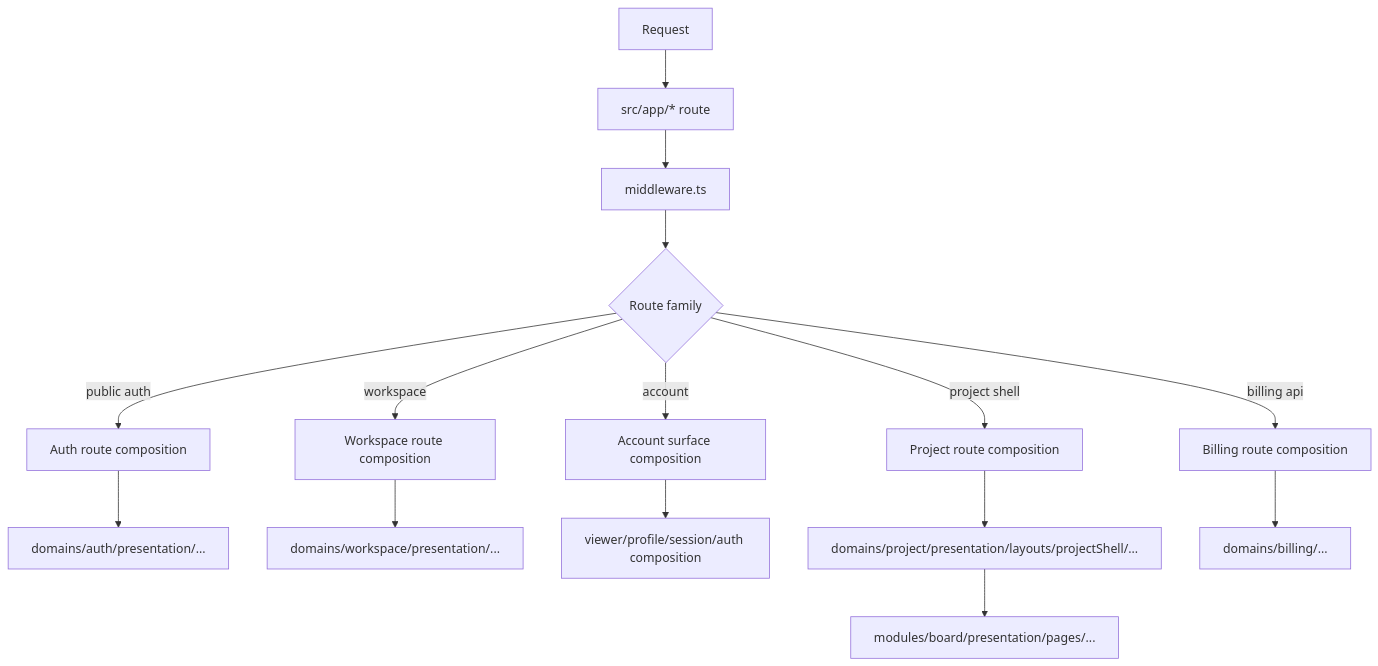
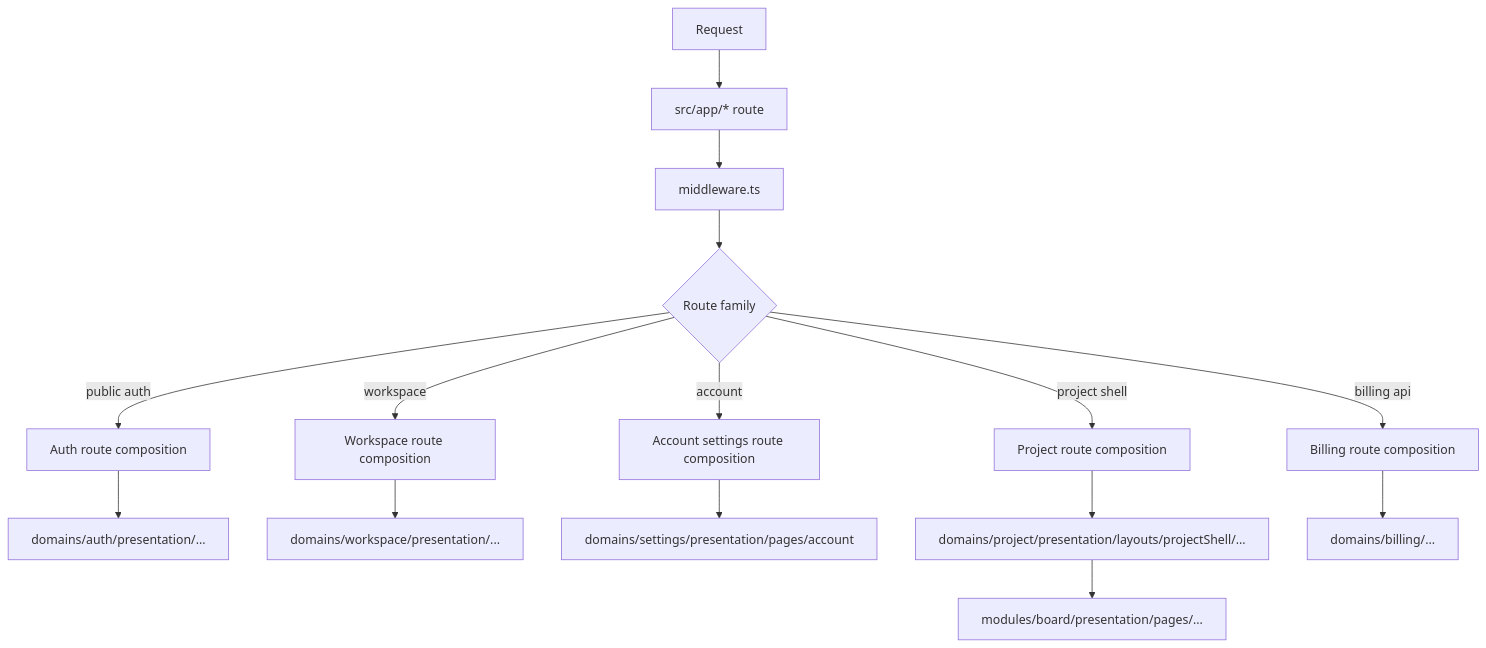
The third of 5 diagrams in .cursor/docs/flowchart.md (mc6ril/workbench), drawn with Mermaid before and after one commit. The commit also changed other lines of this file and 63 other files, not shown here.

````diff
--- a/.cursor/docs/flowchart.md
+++ b/.cursor/docs/flowchart.md
@@ -62,19 +62,19 @@
 ```mermaid
 flowchart TD
    REQ[Request] --> APP[src/app/* route]
    APP --> MIDDLEWARE[middleware.ts]
    MIDDLEWARE --> ROUTE{Route family}
 
    ROUTE -->|public auth| AUTH_ROUTE[Auth route composition]
    ROUTE -->|workspace| WS_ROUTE[Workspace route composition]
-   ROUTE -->|account| ACCOUNT_ROUTE[Account surface composition]
+   ROUTE -->|account| ACCOUNT_ROUTE[Account settings route composition]
    ROUTE -->|project shell| PROJECT_ROUTE[Project route composition]
    ROUTE -->|billing api| BILLING_ROUTE[Billing route composition]
 
    AUTH_ROUTE --> AUTH_PAGE[domains/auth/presentation/...]
    WS_ROUTE --> WS_PAGE[domains/workspace/presentation/...]
-   ACCOUNT_ROUTE --> ACCOUNT_PAGE[viewer/profile/session/auth composition]
+   ACCOUNT_ROUTE --> ACCOUNT_PAGE[domains/settings/presentation/pages/account]
    PROJECT_ROUTE --> PROJECT_SHELL[domains/project/presentation/layouts/projectShell/...]
    PROJECT_SHELL --> BOARD_PAGE[modules/board/presentation/pages/...]
    BILLING_ROUTE --> BILLING_FLOW[domains/billing/...]
 ```
````
